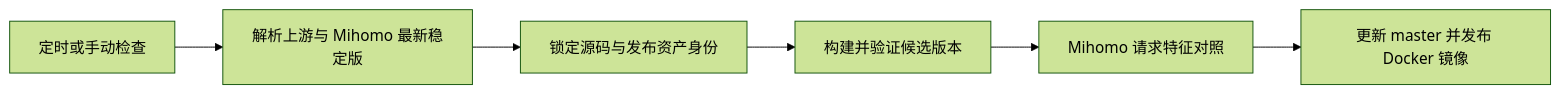
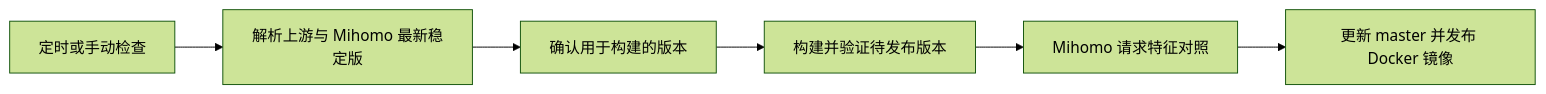
One commit to Aethersailor/subconverter changed the first of 2 diagrams in README.md. Above: the diagram before and after it, drawn with Mermaid (forest theme). The commit also changed other lines of this file and 3 other files, not shown here.

````diff
--- a/README.md
+++ b/README.md
@@ -143,8 +143,8 @@
 ```mermaid
 flowchart LR
     A["定时或手动检查"] --> B["解析上游与 Mihomo 最新稳定版"]
-    B --> C["锁定源码与发布资产身份"]
-    C --> D["构建并验证候选版本"]
+    B --> C["确认用于构建的版本"]
+    C --> D["构建并验证待发布版本"]
     D --> E["Mihomo 请求特征对照"]
     E --> F["更新 master 并发布 Docker 镜像"]
 ```
````
